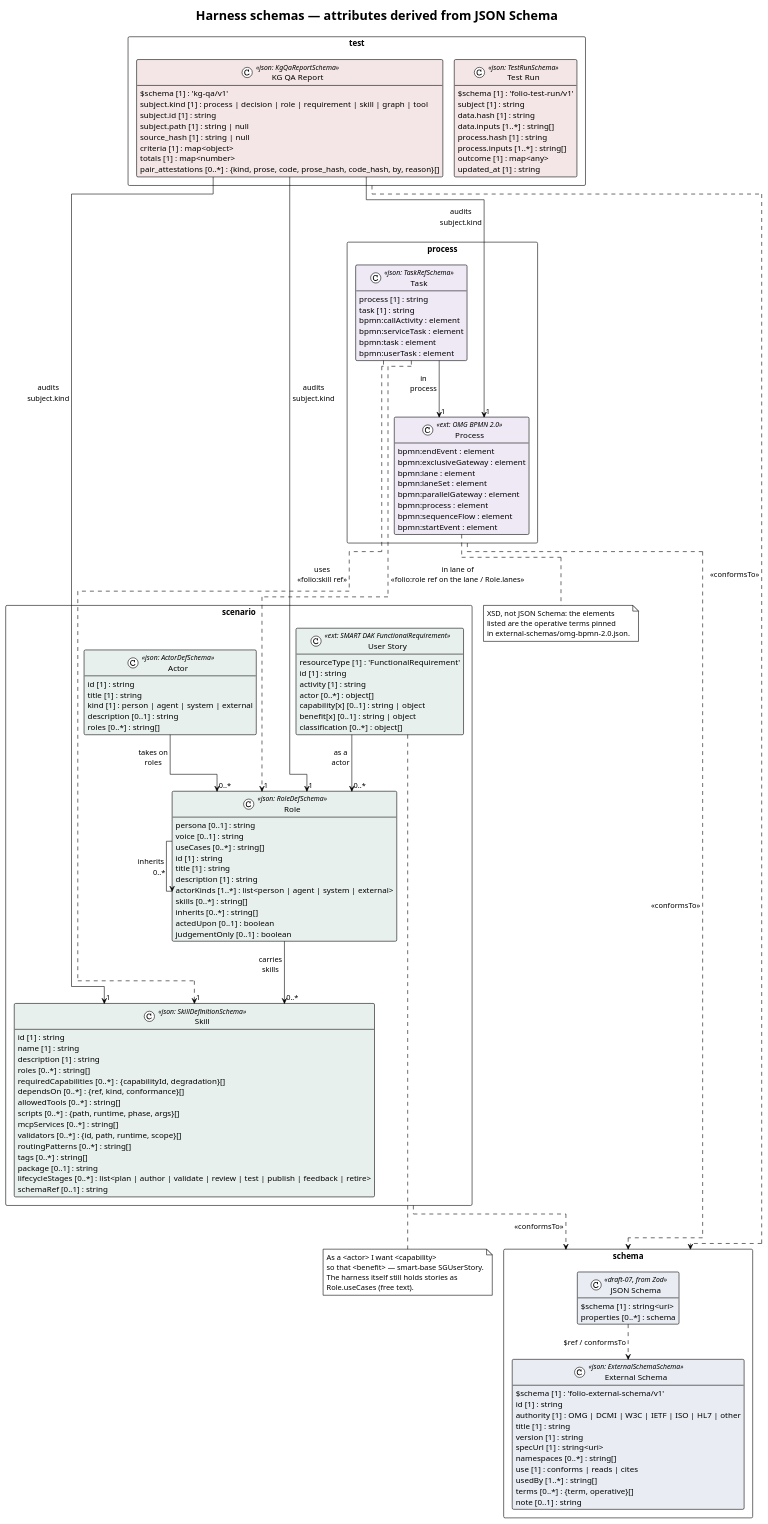
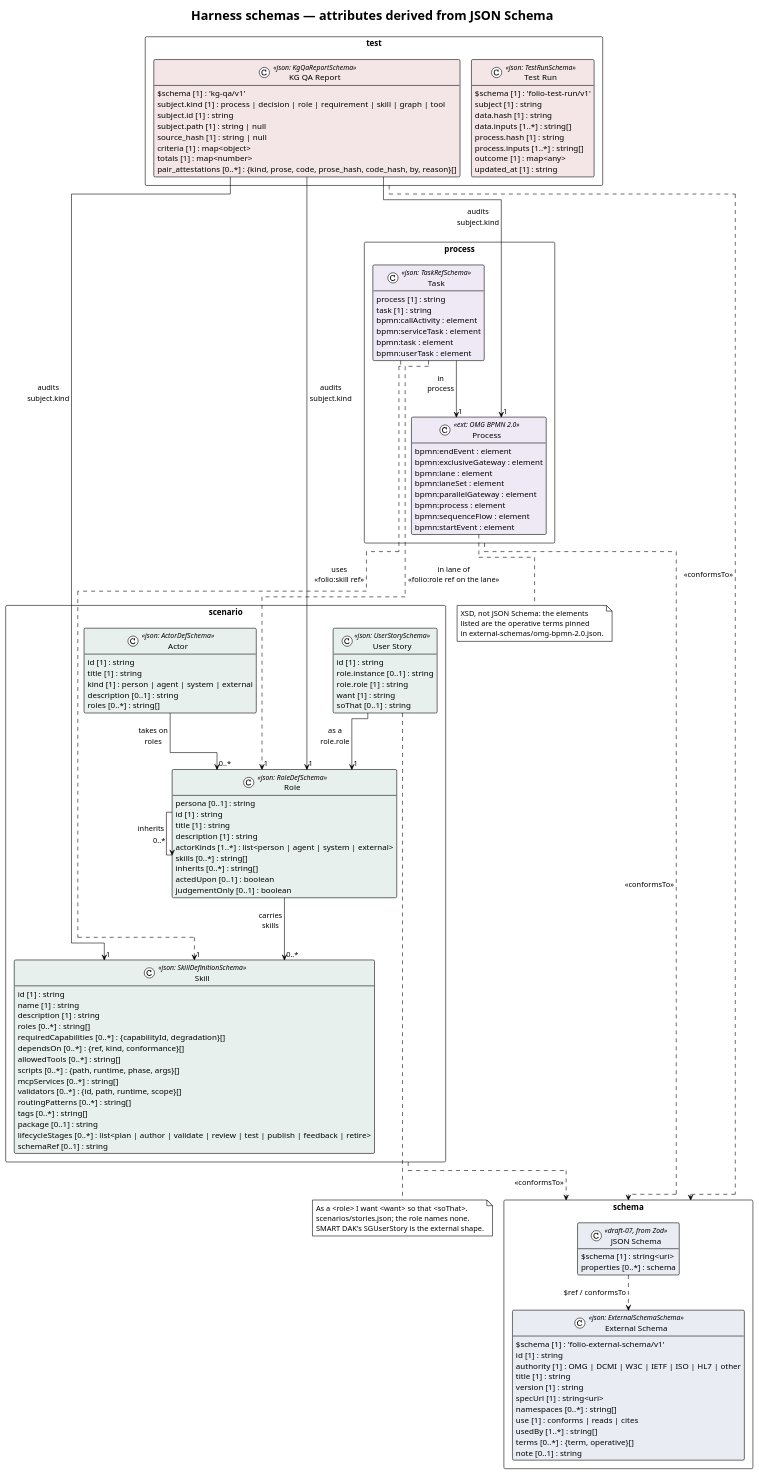
Before and after one commit to litlfred/folio-assistant: the diagram in cat-harness/uml/harness-schemas.puml, drawn with PlantUML. The commit also changed 166 other files, not shown here.

First line of the commit message:
B2 (#1168): voices and user stories point at their role; Role.voice and Role.useCases out

```diff
--- a/cat-harness/uml/harness-schemas.puml
+++ b/cat-harness/uml/harness-schemas.puml
@@ -4,155 +4,150 @@
 @startuml harness-schemas
 ' ELK routes edges around class boxes; dot and smetana draw through them.
 !pragma layout elk
 skinparam nodesep 60
 skinparam ranksep 80
 !theme plain
 skinparam classAttributeIconSize 0
 skinparam shadowing false
 skinparam packageStyle rectangle
 skinparam stereotypeCBackgroundColor #FDFDFB
 hide empty methods
 
 title Harness schemas — attributes derived from JSON Schema
 
 package scenario {
   class "Actor" as Actor <<json: ActorDefSchema>> #e8f0ee {
     id [1] : string
     title [1] : string
     kind [1] : person | agent | system | external
     description [0..1] : string
     roles [0..*] : string[]
   }
   class "Role" as Role <<json: RoleDefSchema>> #e8f0ee {
     persona [0..1] : string
-    voice [0..1] : string
-    useCases [0..*] : string[]
     id [1] : string
     title [1] : string
     description [1] : string
     actorKinds [1..*] : list<person | agent | system | external>
     skills [0..*] : string[]
     inherits [0..*] : string[]
     actedUpon [0..1] : boolean
     judgementOnly [0..1] : boolean
   }
   class "Skill" as Skill <<json: SkillDefinitionSchema>> #e8f0ee {
     id [1] : string
     name [1] : string
     description [1] : string
     roles [0..*] : string[]
     requiredCapabilities [0..*] : {capabilityId, degradation}[]
     dependsOn [0..*] : {ref, kind, conformance}[]
     allowedTools [0..*] : string[]
     scripts [0..*] : {path, runtime, phase, args}[]
     mcpServices [0..*] : string[]
     validators [0..*] : {id, path, runtime, scope}[]
     routingPatterns [0..*] : string[]
     tags [0..*] : string[]
     package [0..1] : string
     lifecycleStages [0..*] : list<plan | author | validate | review | test | publish | feedback | retire>
     schemaRef [0..1] : string
   }
-  class "User Story" as UserStory <<ext: SMART DAK FunctionalRequirement>> #e8f0ee {
-    resourceType [1] : 'FunctionalRequirement'
+  class "User Story" as UserStory <<json: UserStorySchema>> #e8f0ee {
     id [1] : string
-    activity [1] : string
-    actor [0..*] : object[]
-    capability[x] [0..1] : string | object
-    benefit[x] [0..1] : string | object
-    classification [0..*] : object[]
+    role.instance [0..1] : string
+    role.role [1] : string
+    want [1] : string
+    soThat [0..1] : string
   }
 }
 
 package process {
   class "Process" as Process <<ext: OMG BPMN 2.0>> #eee9f5 {
     bpmn:endEvent : element
     bpmn:exclusiveGateway : element
     bpmn:lane : element
     bpmn:laneSet : element
     bpmn:parallelGateway : element
     bpmn:process : element
     bpmn:sequenceFlow : element
     bpmn:startEvent : element
   }
   class "Task" as Task <<json: TaskRefSchema>> #eee9f5 {
     process [1] : string
     task [1] : string
     bpmn:callActivity : element
     bpmn:serviceTask : element
     bpmn:task : element
     bpmn:userTask : element
   }
 }
 
 package schema {
   class "External Schema" as ExternalSchema <<json: ExternalSchemaSchema>> #e9edf3 {
     $schema [1] : 'folio-external-schema/v1'
     id [1] : string
     authority [1] : OMG | DCMI | W3C | IETF | ISO | HL7 | other
     title [1] : string
     version [1] : string
     specUrl [1] : string<uri>
     namespaces [0..*] : string[]
     use [1] : conforms | reads | cites
     usedBy [1..*] : string[]
     terms [0..*] : {term, operative}[]
     note [0..1] : string
   }
   class "JSON Schema" as JsonSchema <<draft-07, from Zod>> #e9edf3 {
     $schema [1] : string<uri>
     properties [0..*] : schema
   }
   JsonSchema ..> ExternalSchema : $ref / conformsTo
 }
 
 package test {
   class "Test Run" as TestRun <<json: TestRunSchema>> #f4e6e6 {
     $schema [1] : 'folio-test-run/v1'
     subject [1] : string
     data.hash [1] : string
     data.inputs [1..*] : string[]
     process.hash [1] : string
     process.inputs [1..*] : string[]
     outcome [1] : map<any>
     updated_at [1] : string
   }
   class "KG QA Report" as KgQaReport <<json: KgQaReportSchema>> #f4e6e6 {
     $schema [1] : 'kg-qa/v1'
     subject.kind [1] : process | decision | role | requirement | skill | graph | tool
     subject.id [1] : string
     subject.path [1] : string | null
     source_hash [1] : string | null
     criteria [1] : map<object>
     totals [1] : map<number>
     pair_attestations [0..*] : {kind, prose, code, prose_hash, code_hash, by, reason}[]
   }
 }
 
 note bottom of UserStory
-  As a <actor> I want <capability>
-  so that <benefit> — smart-base SGUserStory.
-  The harness itself still holds stories as
-  Role.useCases (free text).
+  As a <role> I want <want> so that <soThat>.
+  scenarios/stories.json; the role names none.
+  SMART DAK's SGUserStory is the external shape.
 end note
 note bottom of Process
   XSD, not JSON Schema: the elements
   listed are the operative terms pinned
   in external-schemas/omg-bpmn-2.0.json.
 end note
 
 Actor --> "0..*" Role : takes on\nroles
 Role --> "0..*" Role : inherits
 Role --> "0..*" Skill : carries\nskills
-UserStory --> "0..*" Role : as a\nactor
+UserStory --> "1" Role : as a\nrole.role
 Task --> "1" Process : in\nprocess
-Task ..> "1" Role : in lane of\n«folio:role ref on the lane / Role.lanes»
+Task ..> "1" Role : in lane of\n«folio:role ref on the lane»
 Task ..> "1" Skill : uses\n«folio:skill ref»
 KgQaReport --> "1" Role : audits\nsubject.kind
 KgQaReport --> "1" Process : audits\nsubject.kind
 KgQaReport --> "1" Skill : audits\nsubject.kind
 
 scenario ..> schema : <<conformsTo>>
 process ..> schema : <<conformsTo>>
 test ..> schema : <<conformsTo>>
 @enduml
```
